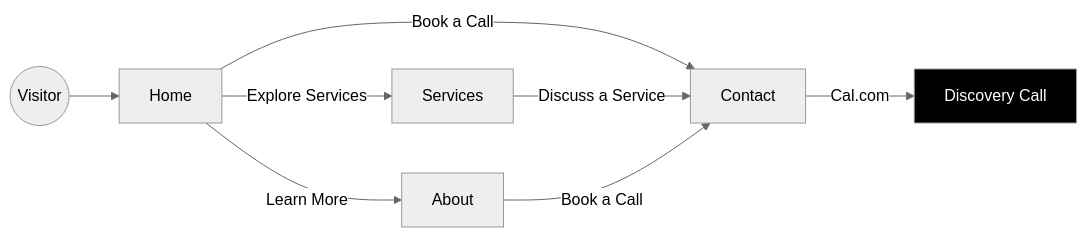
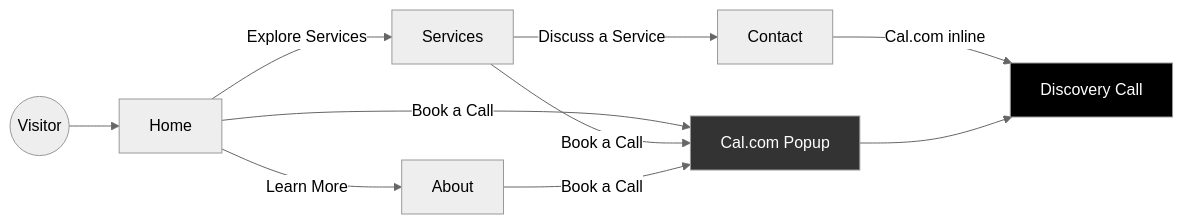
One commit to cmin764/wandercode changed the diagram in README.md. Above: the diagram before and after it, drawn with Mermaid (neutral theme). The commit also changed 3 other files, not shown here.

Commit message:
Fix Contact vs. call booking modal opening bug

````diff
--- a/README.md
+++ b/README.md
@@ -52,15 +52,18 @@
 ```mermaid
 flowchart LR
     V((Visitor)) --> Home
 
     Home -->|Explore Services| Services
-    Home -->|Book a Call| Contact
     Home -->|Learn More| About
 
+    Home -->|"Book a Call"| CalPopup
+    Services -->|"Book a Call"| CalPopup
+    About -->|"Book a Call"| CalPopup
+
     Services -->|Discuss a Service| Contact
-    About -->|Book a Call| Contact
-
-    Contact -->|Cal.com| Book["Discovery Call"]
+    Contact -->|Cal.com inline| Book["Discovery Call"]
+    CalPopup["Cal.com Popup"] --> Book
 
     style Book fill:#000,color:#fff
+    style CalPopup fill:#333,color:#fff
 ```
````
